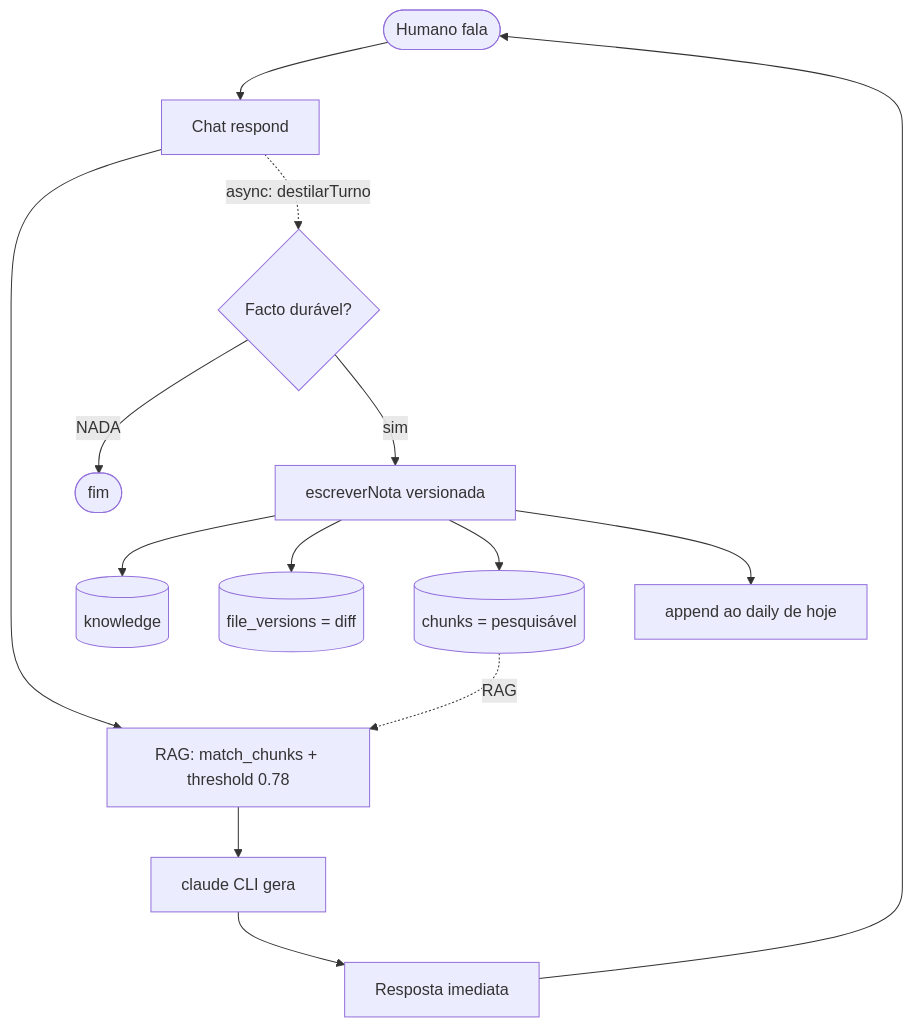
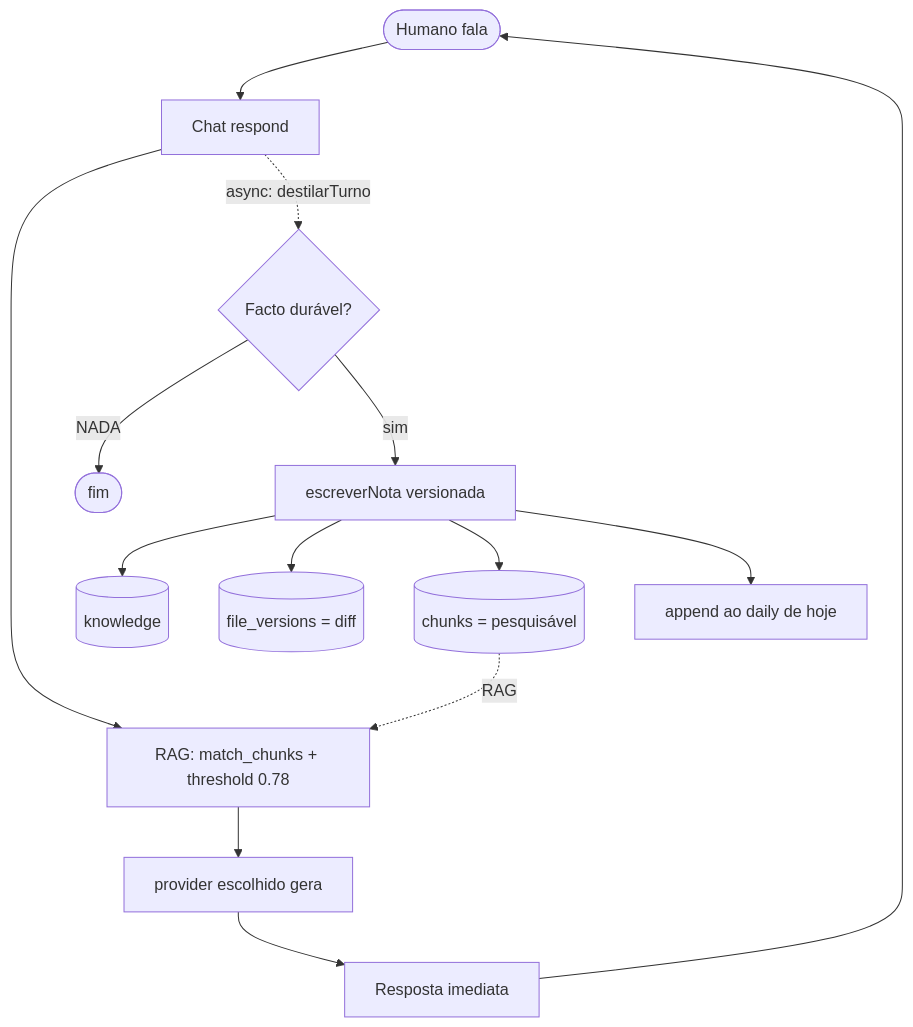
The first of 3 diagrams in docs/ARCHITECTURE.md (jesus-ac-dev/mem-vector), drawn with Mermaid before and after one commit. The commit also changed other lines of this file and 8 other files, not shown here.

````diff
--- a/docs/ARCHITECTURE.md
+++ b/docs/ARCHITECTURE.md
@@ -15,16 +15,16 @@
 ```mermaid
 flowchart TD
     U([Humano fala]) --> CHAT[Chat respond]
     CHAT --> CTX[RAG: match_chunks + threshold 0.78]
-    CTX --> LLM[claude CLI gera]
+    CTX --> LLM[provider escolhido gera]
     LLM --> R[Resposta imediata]
     R --> U
     CHAT -. async: destilarTurno .-> JUDGE{Facto durável?}
     JUDGE -->|NADA| STOP([fim])
     JUDGE -->|sim| WRITE[escreverNota versionada]
     WRITE --> KNOW[(knowledge)]
     WRITE --> VER[(file_versions = diff)]
     WRITE --> CHK[(chunks = pesquisável)]
     WRITE --> DLY[append ao daily de hoje]
     CHK -. RAG .-> CTX
 ```
````
